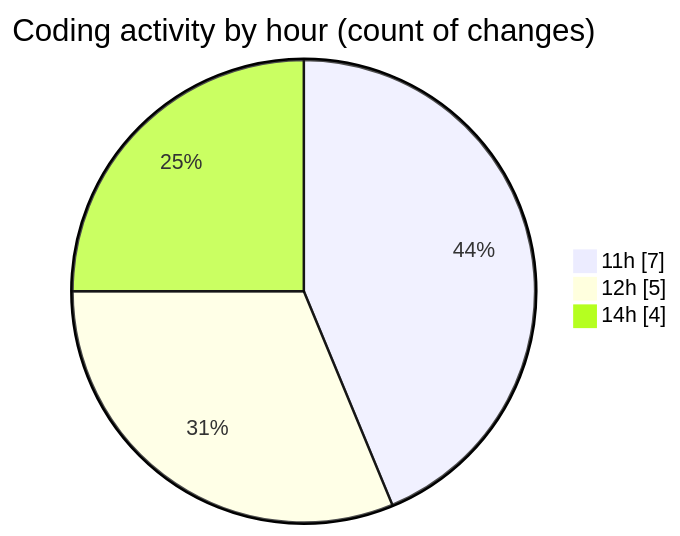
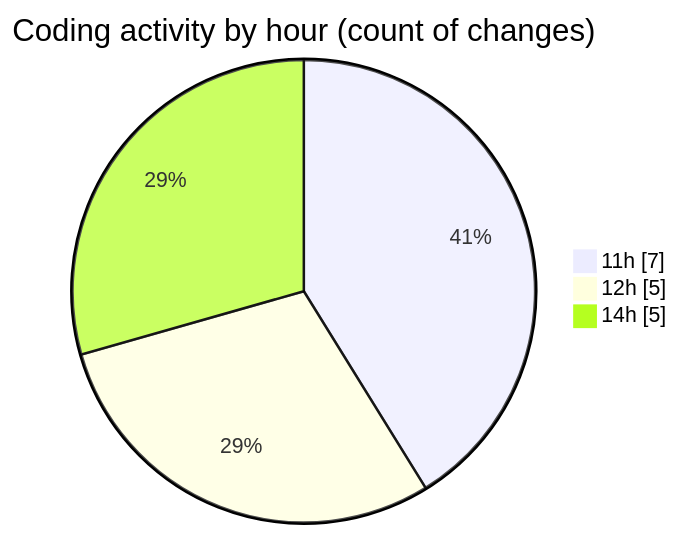
Before and after one commit to debugP/code-tracking: the second of 2 diagrams in 2025-10-22/untitled__workspace_/README.md, drawn with Mermaid. The commit also changed other lines of this file and 1 other file, not shown here.

````diff
--- a/2025-10-22/untitled__workspace_/README.md
+++ b/2025-10-22/untitled__workspace_/README.md
@@ -28,7 +28,7 @@
 ```mermaid
 pie showData
 title Coding activity by hour (count of changes)
 "11h" : 7
 "12h" : 5
-"14h" : 4
+"14h" : 5
 ```
````
